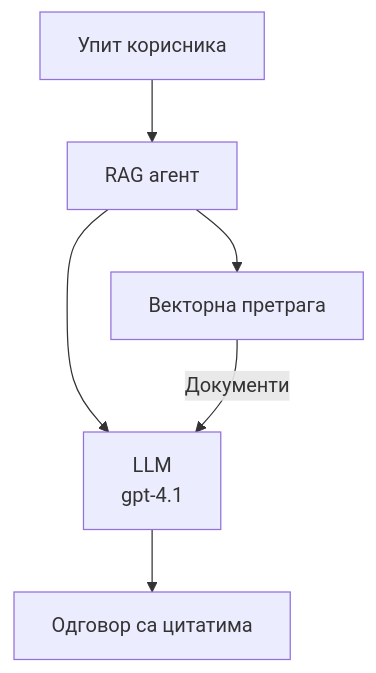
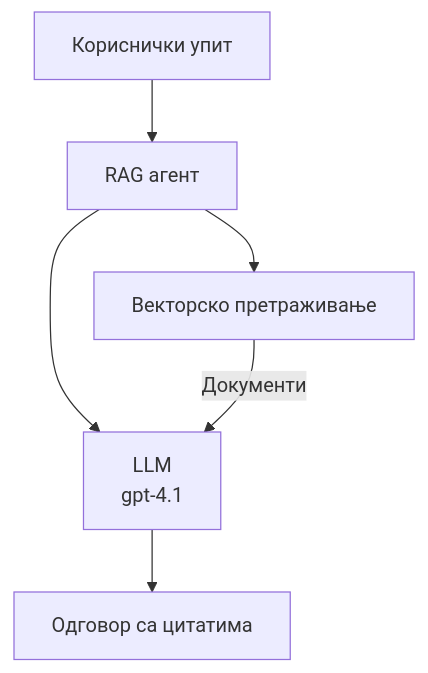
One commit to microsoft/AZD-for-beginners changed the second of 3 diagrams in translations/sr/docs/chapter-02-ai-development/agents.md. Above: the diagram before and after it, drawn with Mermaid. The commit also changed other lines of this file and 104 other files, not shown here.

````diff
--- a/translations/sr/docs/chapter-02-ai-development/agents.md
+++ b/translations/sr/docs/chapter-02-ai-development/agents.md
@@ -175,8 +181,8 @@
 ```mermaid
 graph TD
-    Query[Упит корисника] --> RAG[RAG агент]
-    RAG --> Vector[Векторна претрага]
+    Query[Кориснички упит] --> RAG[RAG агент]
+    RAG --> Vector[Векторско претраживање]
     RAG --> LLM[LLM<br/>gpt-4.1]
     Vector -- Документи --> LLM
     LLM --> Response[Одговор са цитатима]
 ```
````
